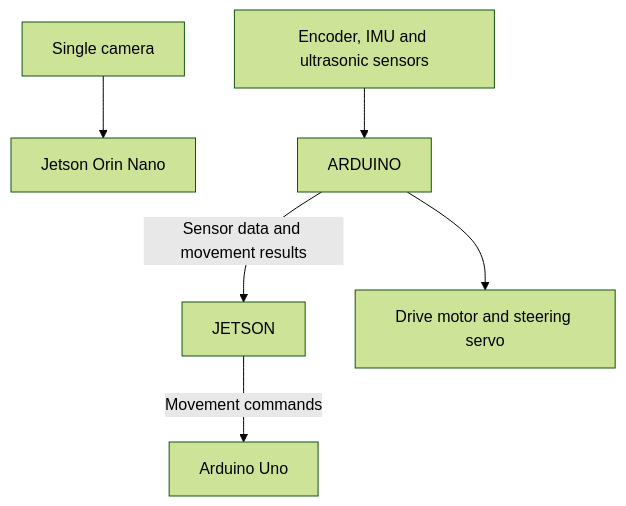
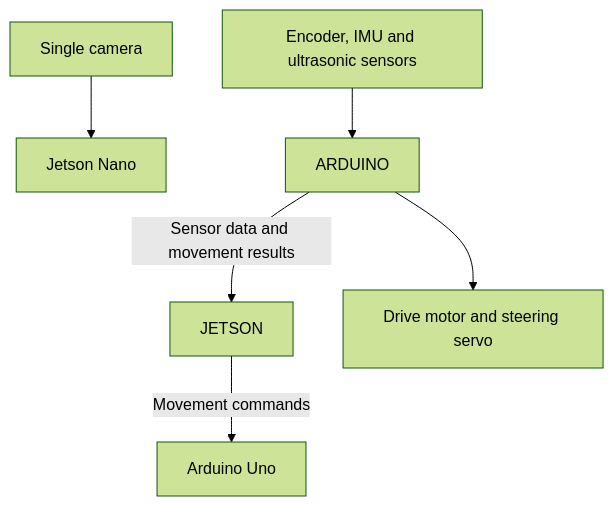
One commit to Abdulaziz-nasser/IRD-MAX changed the diagram in README.md. Above: the diagram before and after it, drawn with Mermaid (forest theme). The commit also changed other lines of this file and 9 other files, not shown here.

````diff
--- a/README.md
+++ b/README.md
@@ -53,8 +53,8 @@
 ```mermaid
 flowchart TD
-    CAMERA\["Single camera"] --> JETSON\["Jetson Orin Nano"]
+    CAMERA\["Single camera"] --> JETSON\["Jetson Nano"]
     JETSON -->|Movement commands| ARDUINO\["Arduino Uno"]
     ARDUINO -->|Sensor data and movement results| JETSON
     SENSORS\["Encoder, IMU and ultrasonic sensors"] --> ARDUINO
     ARDUINO --> ACTUATORS\["Drive motor and steering servo"]
 ```
````
